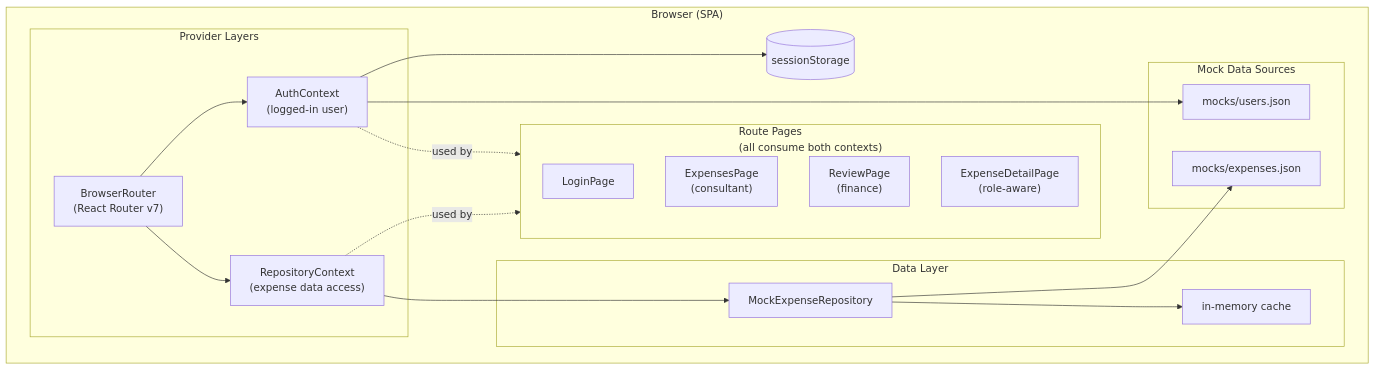
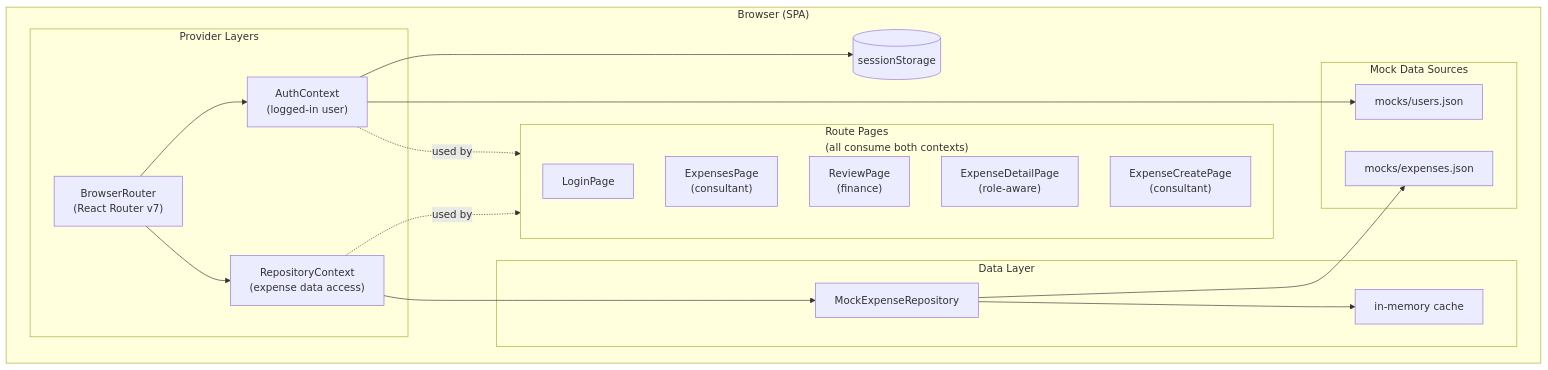
The diagram in docs/architecture.md (LewisHarvey-Netco/netco-expense), drawn with Mermaid before and after one commit. The commit also changed other lines of this file and 8 other files, not shown here.

Commit message:
add add-expense page

````diff
--- a/docs/architecture.md
+++ b/docs/architecture.md
@@ -14,38 +14,39 @@
 ```mermaid
 flowchart TD
     subgraph Browser ["Browser (SPA)"]
         subgraph Providers ["Provider Layers"]
             BrowserRouter["BrowserRouter<br/>(React Router v7)"]
             AuthCtx["AuthContext<br/>(logged-in user)"]
             RepoCtx["RepositoryContext<br/>(expense data access)"]
         end
         
         subgraph Pages ["Route Pages<br/>(all consume both contexts)"]
             LoginPage
             ExpensesPage["ExpensesPage<br/>(consultant)"]
             ReviewPage["ReviewPage<br/>(finance)"]
             DetailPage["ExpenseDetailPage<br/>(role-aware)"]
+            CreatePage["ExpenseCreatePage<br/>(consultant)"]
         end
         
         subgraph DataLayer ["Data Layer"]
             MockRepo["MockExpenseRepository"]
             Cache["in-memory cache"]
         end
         
         subgraph MockData ["Mock Data Sources"]
             UsersMock["mocks/users.json"]
             ExpensesMock["mocks/expenses.json"]
         end
         
         BrowserRouter --> AuthCtx
         BrowserRouter --> RepoCtx
         AuthCtx --> SessionStorage[(sessionStorage)]
         AuthCtx --> UsersMock
         RepoCtx --> MockRepo
         MockRepo --> Cache
         MockRepo --> ExpensesMock
         
         AuthCtx -.->|used by| Pages
         RepoCtx -.->|used by| Pages
     end
 ```
````
